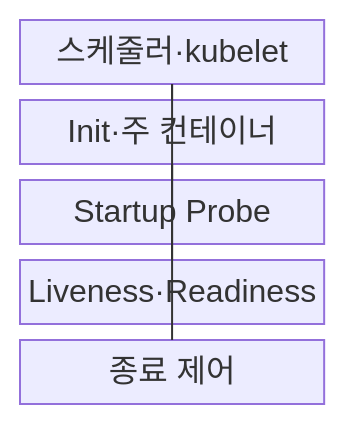
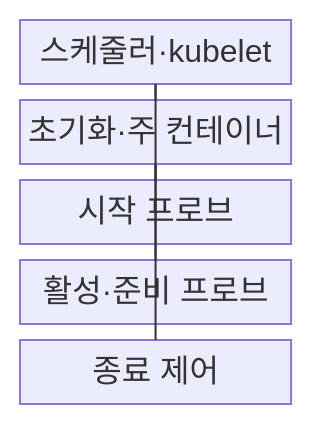
The first of 2 diagrams in src/content/docs/notes/03-software/153_kubernetes_pod_lifecycle.md (agnusdei1207/knowledge-base), drawn with Mermaid before and after one commit. The commit also changed other lines of this file and 20 other files, not shown here.

````diff
--- a/src/content/docs/notes/03-software/153_kubernetes_pod_lifecycle.md
+++ b/src/content/docs/notes/03-software/153_kubernetes_pod_lifecycle.md
@@ -57,13 +61,13 @@
 ```mermaid
-block-beta
+block
     columns 1
     A["스케줄러·kubelet"]
-    B["Init·주 컨테이너"]
-    C["Startup Probe"]
-    D["Liveness·Readiness"]
+    B["초기화·주 컨테이너"]
+    C["시작 프로브"]
+    D["활성·준비 프로브"]
     E["종료 제어"]
     A --- B
     B --- C
     B --- D
     A --- E
 ```
````
